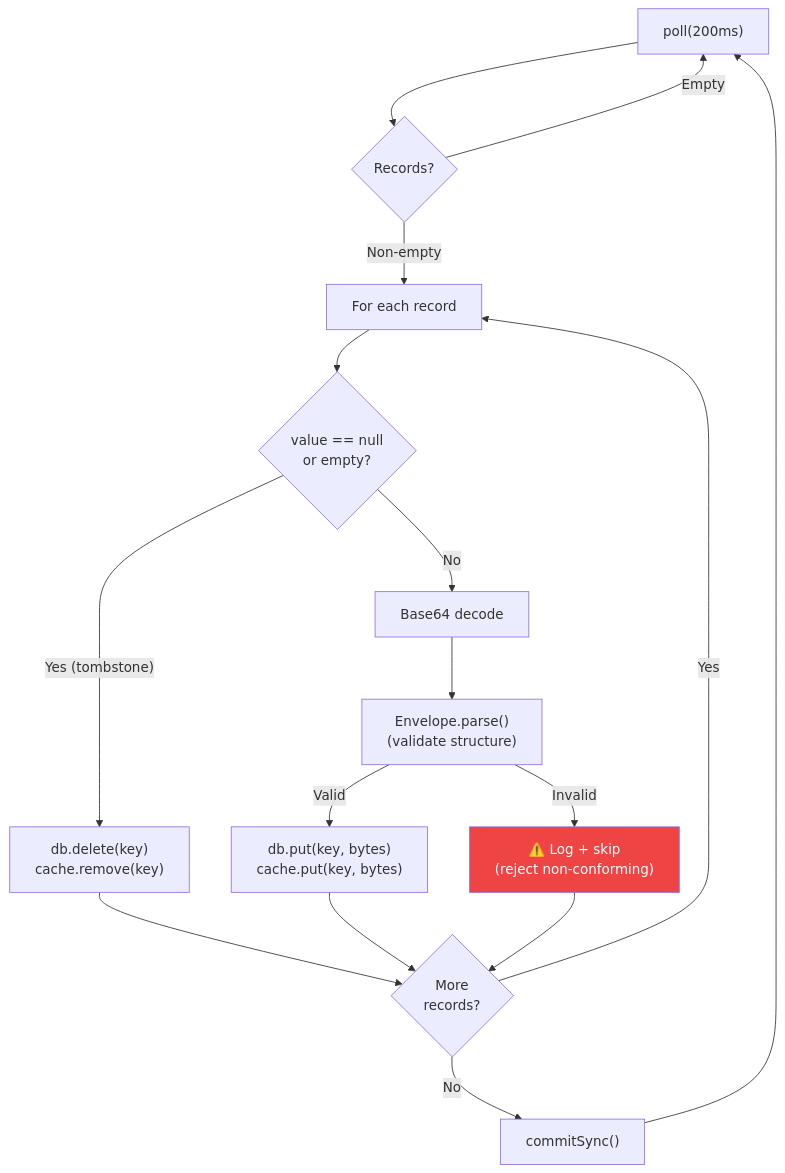
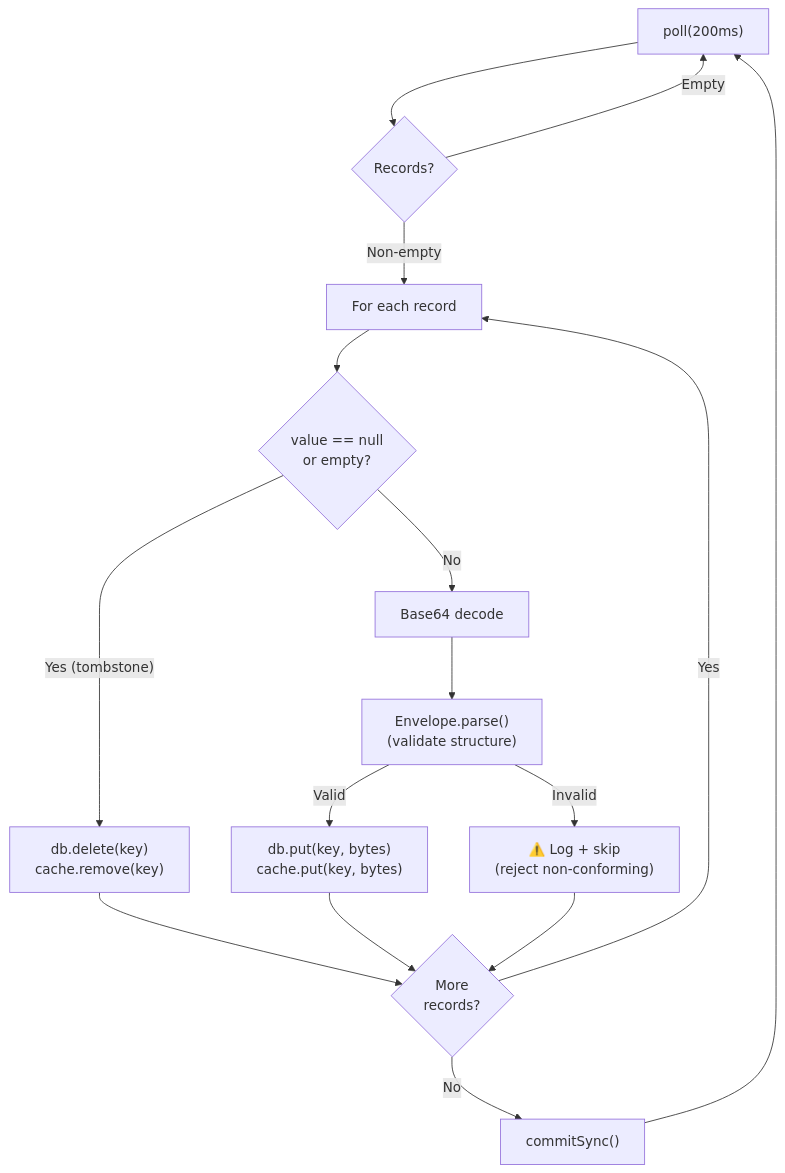
The second of 3 diagrams in docs/docs/modules/veridot-kafka.md (cyfko/veridot), drawn with Mermaid before and after one commit. The commit also changed other lines of this file and 25 other files, not shown here.

First line of the commit message:
style: remove colorful fill styles from Mermaid diagrams

````diff
--- a/docs/docs/modules/veridot-kafka.md
+++ b/docs/docs/modules/veridot-kafka.md
@@ -149,20 +148,19 @@
 ```mermaid
 flowchart TD
     A["poll(200ms)"] --> B{"Records?"}
     B -->|"Empty"| A
     B -->|"Non-empty"| C["For each record"]
     C --> D{"value == null<br/>or empty?"}
     D -->|"Yes (tombstone)"| E["db.delete(key)<br/>cache.remove(key)"]
     D -->|"No"| F["Base64 decode"]
     F --> G["Envelope.parse()<br/>(validate structure)"]
     G -->|"Invalid"| H["⚠️ Log + skip<br/>(reject non-conforming)"]
     G -->|"Valid"| I["db.put(key, bytes)<br/>cache.put(key, bytes)"]
     E --> J{"More<br/>records?"}
     I --> J
     H --> J
     J -->|"Yes"| C
     J -->|"No"| K["commitSync()"]
     K --> A
 
-    style H fill:#ef4444,color:#fff
 ```
````
